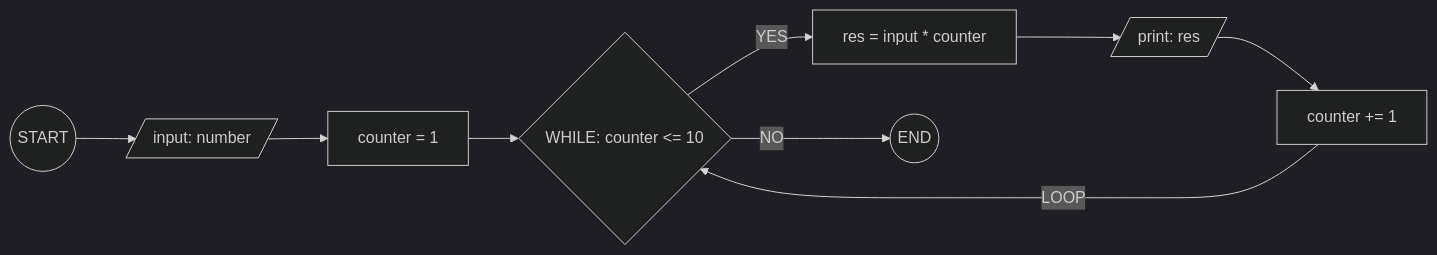
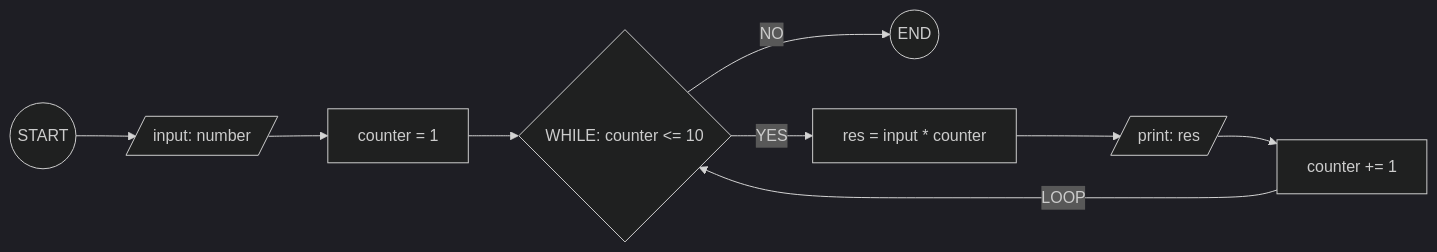
Before and after one commit to ihabau/lexicon-WS-flowchats: the first of 2 diagrams in Exercise3.md, drawn with Mermaid (dark theme). The commit also changed 11 other files, not shown here.

````diff
--- a/Exercise3.md
+++ b/Exercise3.md
@@ -24,17 +24,11 @@
 ```mermaid
 flowchart LR
 S((START)) --> INPUT[/input: number/]
-
 INPUT --> COUNTER[counter = 1]
-
 COUNTER --> LOOP{WHILE: counter <= 10}
-
+LOOP -- NO --> E((END))
 LOOP -- YES --> CALC[res = input * counter]
-
 CALC --> OUTPUT[/print: res/]
 OUTPUT --> INC[counter += 1]
-
 INC -- LOOP --> LOOP
-
-LOOP -- NO --> E((END))
 ```
````
